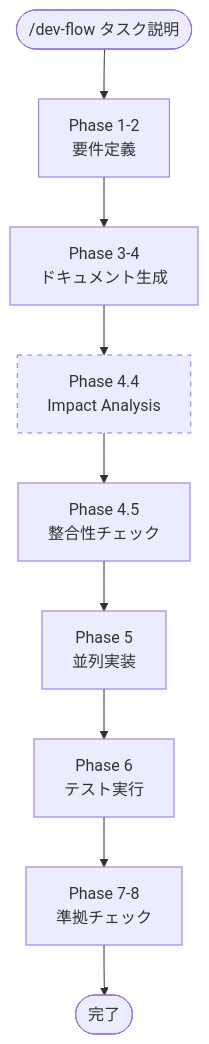
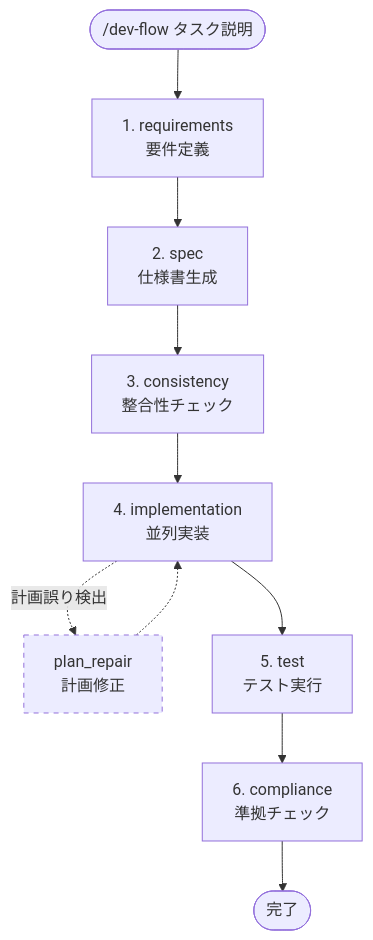
Before and after one commit to youmjww/dev-flow-skills: the first of 4 diagrams in README.md, drawn with Mermaid. The commit also changed other lines of this file and 15 other files, not shown here.

````diff
--- a/README.md
+++ b/README.md
@@ -26,17 +26,18 @@
 ```mermaid
 flowchart TD
     Start(["/dev-flow タスク説明"])
-    P12["Phase 1-2<br/>要件定義"]
-    P34["Phase 3-4<br/>ドキュメント生成"]
-    P44["Phase 4.4<br/>Impact Analysis"]
-    P45["Phase 4.5<br/>整合性チェック"]
-    P5["Phase 5<br/>並列実装"]
-    P6["Phase 6<br/>テスト実行"]
-    P78["Phase 7-8<br/>準拠チェック"]
+    S1["1. requirements<br/>要件定義"]
+    S2["2. spec<br/>仕様書生成"]
+    S3["3. consistency<br/>整合性チェック"]
+    S3R["plan_repair<br/>計画修正"]
+    S4["4. implementation<br/>並列実装"]
+    S5["5. test<br/>テスト実行"]
+    S6["6. compliance<br/>準拠チェック"]
     Done([完了])
 
-    Start --> P12 --> P34 --> P44 --> P45 --> P5 --> P6 --> P78 --> Done
+    Start --> S1 --> S2 --> S3 --> S4 --> S5 --> S6 --> Done
+    S4 -. 計画誤り検出 .-> S3R -.-> S4
 
-    P44:::optional
+    S3R:::optional
     classDef optional stroke-dasharray: 5 5
 ```
````
